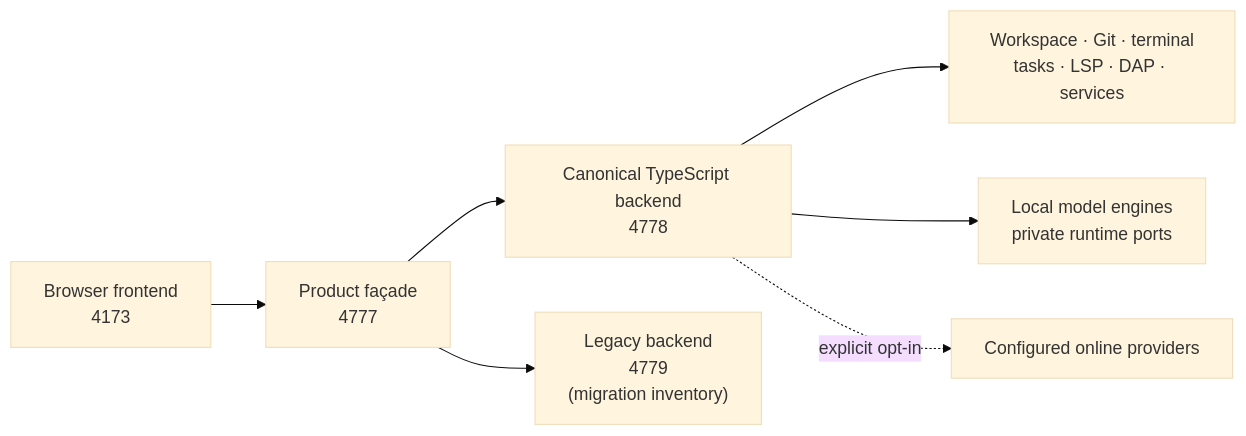
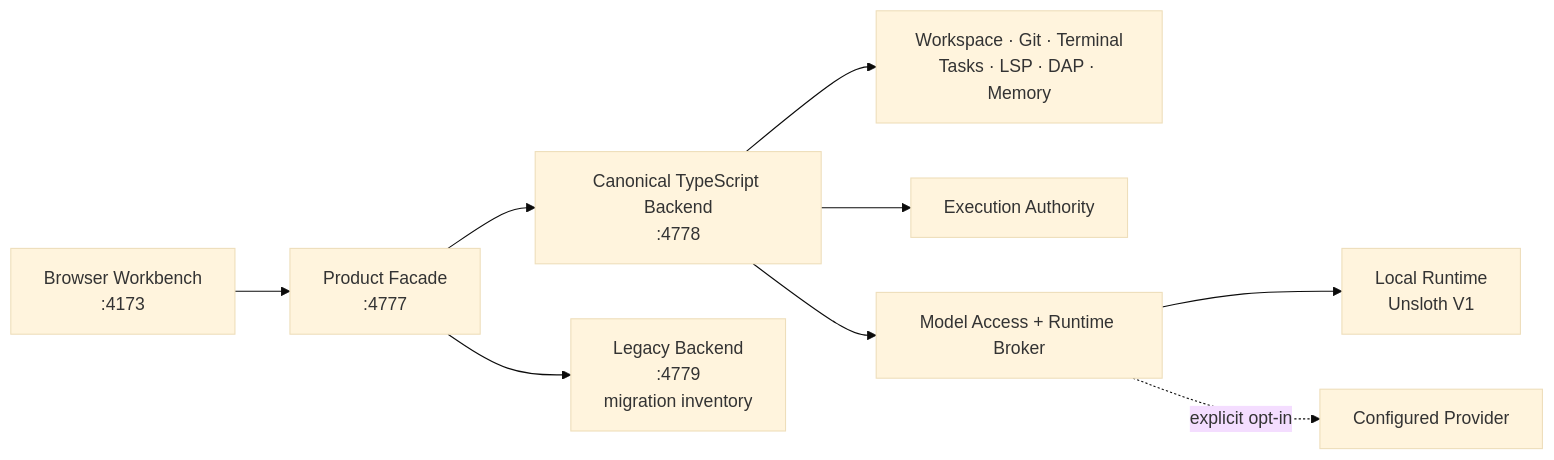
Before and after one commit to AnonymousNomad/covert-coder: the diagram in README.md, drawn with Mermaid (base theme). The commit also changed other lines of this file and 2 other files, not shown here.

````diff
--- a/README.md
+++ b/README.md
@@ -116,9 +84,11 @@
 ```mermaid
 flowchart LR
-  UI["Browser frontend<br/>4173"] --> EDGE["Product façade<br/>4777"]
-  EDGE --> TS["Canonical TypeScript backend<br/>4778"]
-  EDGE --> LEGACY["Legacy backend<br/>4779<br/>(migration inventory)"]
-  TS --> CAP["Workspace · Git · terminal<br/>tasks · LSP · DAP · services"]
-  TS --> LOCAL["Local model engines<br/>private runtime ports"]
-  TS -. "explicit opt-in" .-> CLOUD["Configured online providers"]
+  UI["Browser Workbench<br/>:4173"] --> EDGE["Product Facade<br/>:4777"]
+  EDGE --> TS["Canonical TypeScript Backend<br/>:4778"]
+  EDGE --> LEGACY["Legacy Backend<br/>:4779<br/>migration inventory"]
+  TS --> CAP["Workspace · Git · Terminal<br/>Tasks · LSP · DAP · Memory"]
+  TS --> AUTH["Execution Authority"]
+  TS --> MODEL["Model Access + Runtime Broker"]
+  MODEL --> LOCAL["Local Runtime<br/>Unsloth V1"]
+  MODEL -. "explicit opt-in" .-> CLOUD["Configured Provider"]
 ```
````
